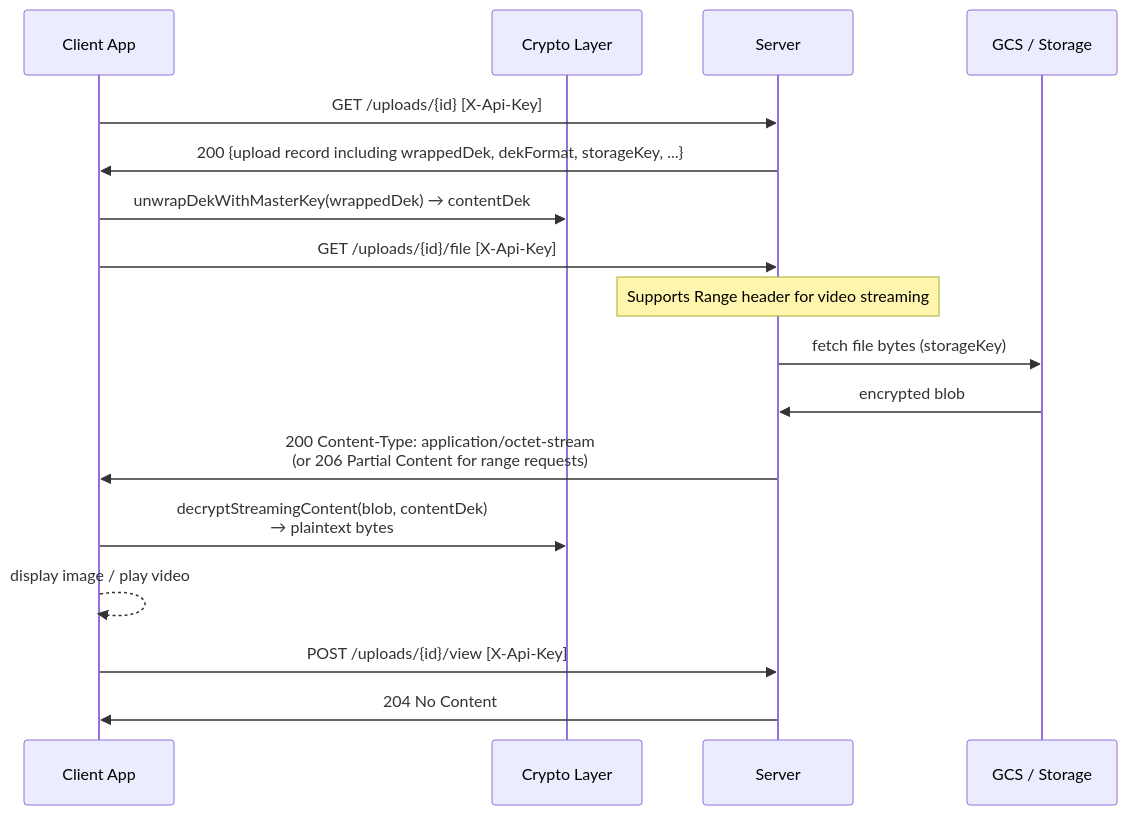
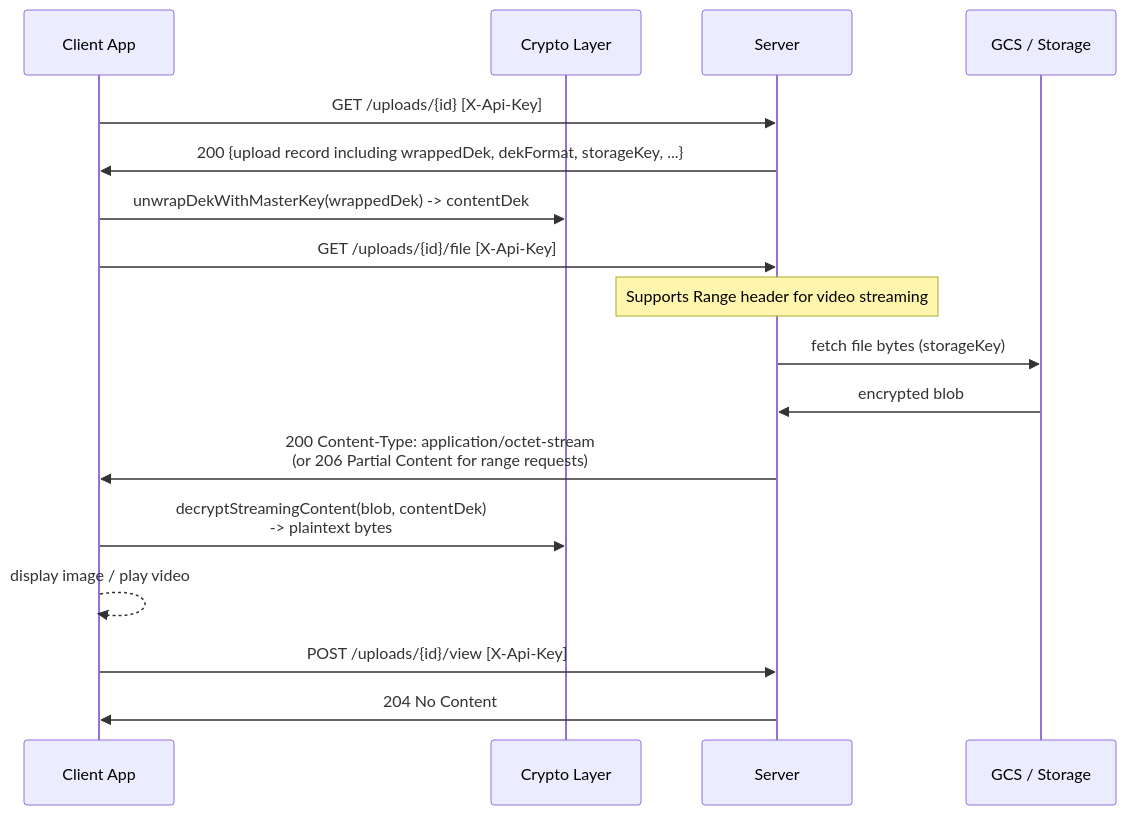
One commit to bacalv/Heirlooms changed the third of 6 diagrams in docs/specs/garden-explore.md. Above: the diagram before and after it, drawn with Mermaid. The commit also changed other lines of this file and 9 other files, not shown here.

First line of the commit message:
docs: fix Mermaid v11 syntax across all spec and testing diagrams

````diff
--- a/docs/specs/garden-explore.md
+++ b/docs/specs/garden-explore.md
@@ -64,24 +64,24 @@
 ```mermaid
 sequenceDiagram
     participant App as Client App
     participant C as Crypto Layer
     participant S as Server
     participant GCS as GCS / Storage
 
     App->>S: GET /uploads/{id} [X-Api-Key]
     S->>App: 200 {upload record including wrappedDek, dekFormat, storageKey, ...}
 
-    App->>C: unwrapDekWithMasterKey(wrappedDek) → contentDek
+    App->>C: unwrapDekWithMasterKey(wrappedDek) -> contentDek
 
     App->>S: GET /uploads/{id}/file [X-Api-Key]
     Note over S: Supports Range header for video streaming
     S->>GCS: fetch file bytes (storageKey)
     GCS->>S: encrypted blob
     S->>App: 200 Content-Type: application/octet-stream<br/>(or 206 Partial Content for range requests)
 
-    App->>C: decryptStreamingContent(blob, contentDek)<br/>→ plaintext bytes
+    App->>C: decryptStreamingContent(blob, contentDek)<br/>-> plaintext bytes
     App-->>App: display image / play video
 
     App->>S: POST /uploads/{id}/view [X-Api-Key]
     S->>App: 204 No Content
 ```
````
